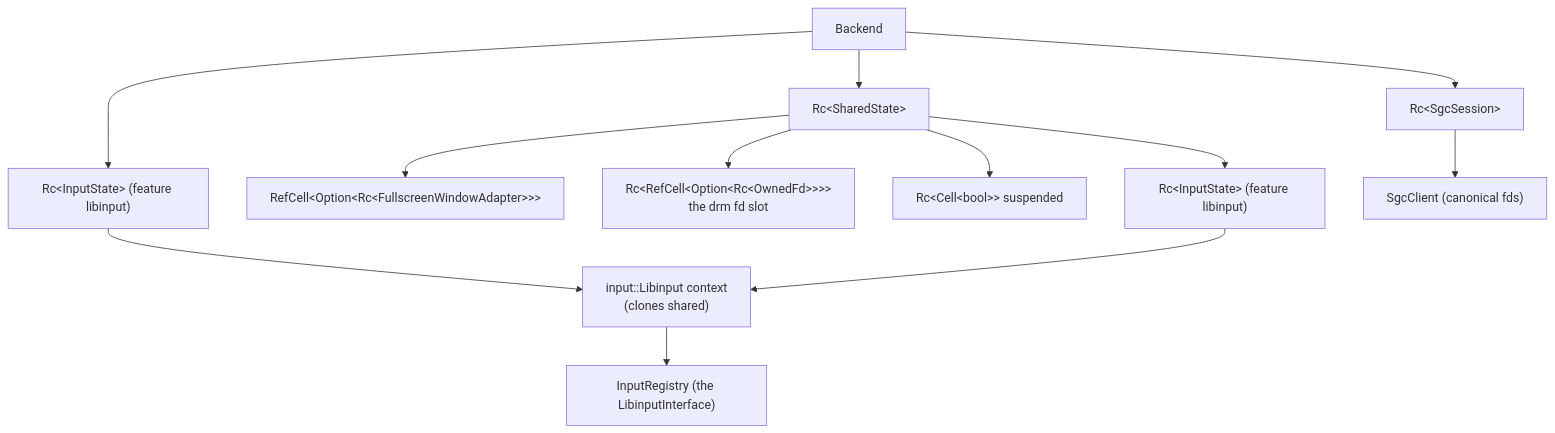
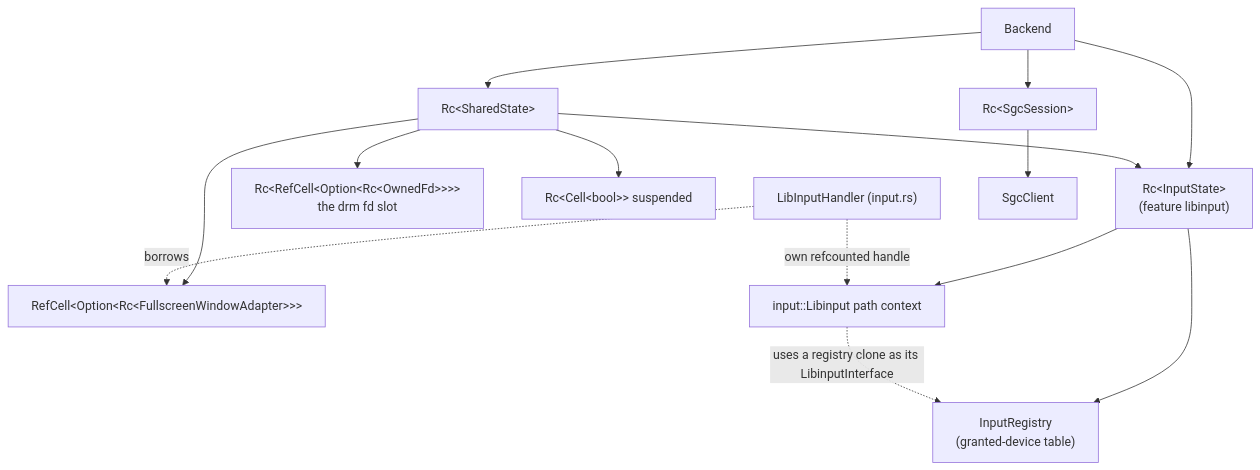
One commit to lulkien/slint changed the first of 3 diagrams in internal/backends/linuxsgc/docs/architecture.md. Above: the diagram before and after it, drawn with Mermaid.

Commit message:
linuxsgc docs: fix the ownership diagram's input cluster
The same Rc<InputState> was drawn as two nodes with duplicated edges to
the libinput context; InputRegistry hung off the context instead of its
owner InputState; and LibInputHandler did not appear even though the
notes describe its context clone. Draw one shared InputState node,
put the registry under InputState with the context's interface link as
a dotted edge, and add the handler with its non-owning handles.

````diff
--- a/internal/backends/linuxsgc/docs/architecture.md
+++ b/internal/backends/linuxsgc/docs/architecture.md
@@ -26,14 +26,16 @@
 ```mermaid
 graph TD
     BE["Backend"] --> SH["Rc&lt;SharedState&gt;"]
     BE --> SES["Rc&lt;SgcSession&gt;"]
-    BE --> ISP["Rc&lt;InputState&gt; (feature libinput)"]
+    BE --> IS["Rc&lt;InputState&gt;<br/>(feature libinput)"]
+    SH --> IS
     SH --> W["RefCell&lt;Option&lt;Rc&lt;FullscreenWindowAdapter&gt;&gt;&gt;"]
     SH --> DF["Rc&lt;RefCell&lt;Option&lt;Rc&lt;OwnedFd&gt;&gt;&gt;&gt;<br/>the drm fd slot"]
     SH --> SUS["Rc&lt;Cell&lt;bool&gt;&gt; suspended"]
-    SH --> IS2["Rc&lt;InputState&gt; (feature libinput)"]
-    ISP --> CTX["input::Libinput context<br/>(clones shared)"]
-    IS2 --> CTX
-    CTX --> IFACE["InputRegistry (the LibinputInterface)"]
-    SES --> CLIENT["SgcClient (canonical fds)"]
+    IS --> REG["InputRegistry<br/>(granted-device table)"]
+    IS --> CTX["input::Libinput path context"]
+    CTX -. "uses a registry clone as its LibinputInterface" .-> REG
+    LI["LibInputHandler (input.rs)"] -. "own refcounted handle" .-> CTX
+    LI -. "borrows" .-> W
+    SES --> CLIENT["SgcClient"]
 ```
````
